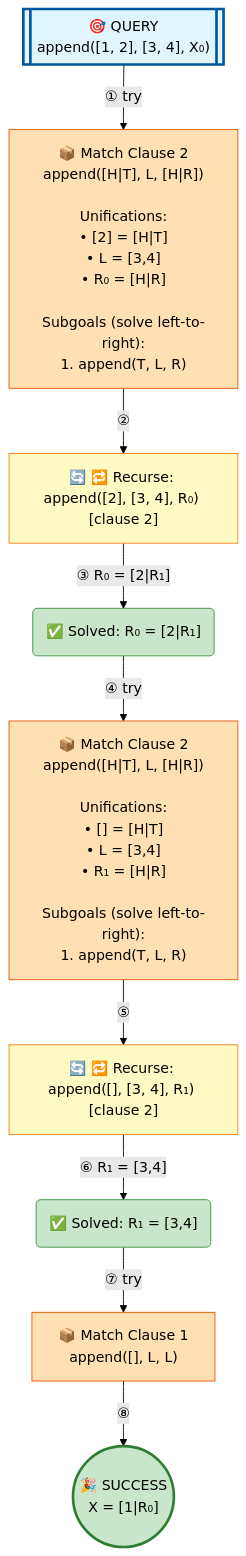
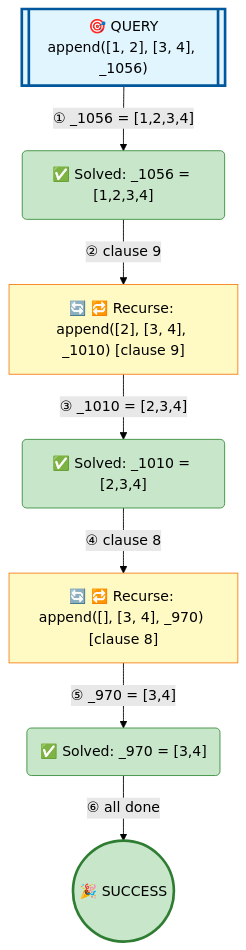
One commit to jarecsni/prolog-trace-viz changed the diagram in examples/append-full.md. Above: the diagram before and after it, drawn with Mermaid (forest theme). The commit also changed other lines of this file and 26 other files, not shown here.

````diff
--- a/examples/append-full.md
+++ b/examples/append-full.md
@@ -16,35 +16,29 @@
 ```mermaid
 graph TD
 
 %% Nodes
-A[["🎯 QUERY<br/>append([1, 2], [3, 4], X₀)"]]
-B["🔄 🔁 Recurse: append([2], [3, 4], R₀) [clause 2]"]
-C["📦 Match Clause 2<br/>append([H|T], L, [H|R])<br/><br/>Unifications:<br/>• [2] = [H|T]<br/>• L = [3,4]<br/>• R₀ = [H|R]<br/><br/>Subgoals (solve left-to-right):<br/>1. append(T, L, R)"]
-D("✅ Solved: R₀ = [2|R₁]")
-E["🔄 🔁 Recurse: append([], [3, 4], R₁) [clause 2]"]
-F["📦 Match Clause 2<br/>append([H|T], L, [H|R])<br/><br/>Unifications:<br/>• [] = [H|T]<br/>• L = [3,4]<br/>• R₁ = [H|R]<br/><br/>Subgoals (solve left-to-right):<br/>1. append(T, L, R)"]
-G("✅ Solved: R₁ = [3,4]")
-H(("🎉 SUCCESS<br/>X = [1|R₀]"))
-I["📦 Match Clause 1<br/>append([], L, L)"]
+A[["🎯 QUERY<br/>append([1, 2], [3, 4], _1056)"]]
+B("✅ Solved: _1056 = [1,2,3,4]")
+C["🔄 🔁 Recurse: append([2], [3, 4], _1010) [clause 9]"]
+D("✅ Solved: _1010 = [2,3,4]")
+E["🔄 🔁 Recurse: append([], [3, 4], _970) [clause 8]"]
+F("✅ Solved: _970 = [3,4]")
+G(("🎉 SUCCESS"))
 
 %% Edges
-A -->|"① try"| C
-C -->|"②"| B
-B -->|"③ R₀ = [2|R₁]"| D
-D -->|"④ try"| F
-F -->|"⑤"| E
-E -->|"⑥ R₁ = [3,4]"| G
-G -->|"⑦ try"| I
-I -->|"⑧"| H
+A -->|"① _1056 = [1,2,3,4]"| B
+B -->|"② clause 9"| C
+C -->|"③ _1010 = [2,3,4]"| D
+D -->|"④ clause 8"| E
+E -->|"⑤ _970 = [3,4]"| F
+F -->|"⑥ all done"| G
 
 %% Styles
 style A fill:#e1f5ff,stroke:#01579b,stroke-width:3px
-style B fill:#fff9c4,stroke:#f57f17
-style C fill:#ffe0b2,stroke:#e65100
+style B fill:#c8e6c9,stroke:#388e3c
+style C fill:#fff9c4,stroke:#f57f17
 style D fill:#c8e6c9,stroke:#388e3c
 style E fill:#fff9c4,stroke:#f57f17
-style F fill:#ffe0b2,stroke:#e65100
-style G fill:#c8e6c9,stroke:#388e3c
-style H fill:#c8e6c9,stroke:#2e7d32,stroke-width:3px
-style I fill:#ffe0b2,stroke:#e65100
+style F fill:#c8e6c9,stroke:#388e3c
+style G fill:#c8e6c9,stroke:#2e7d32,stroke-width:3px
 ```
````
